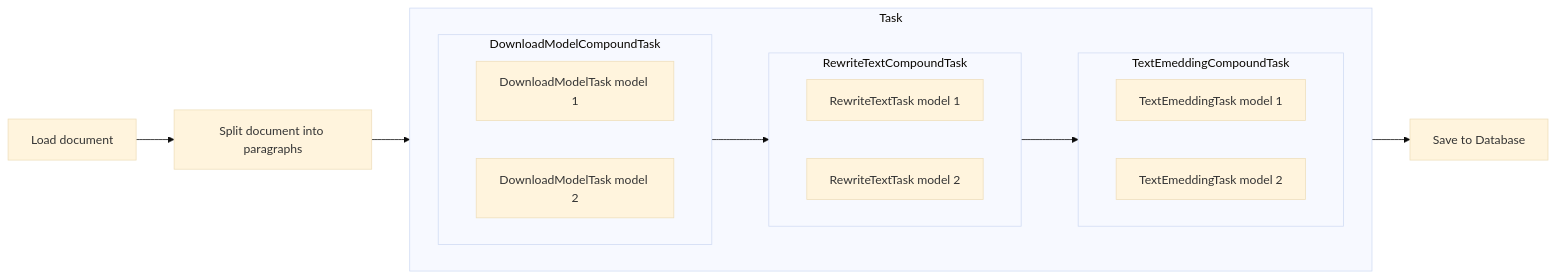
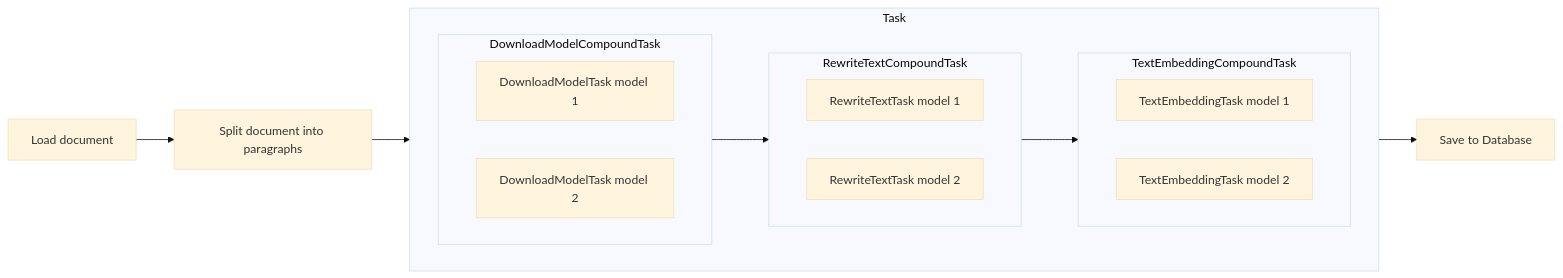
Before and after one commit to PodleyAI/podley: the first of 5 diagrams in docs/developers/02_architecture.md, drawn with Mermaid (base theme). The commit also changed other lines of this file and 16 other files, not shown here.

````diff
--- a/docs/developers/02_architecture.md
+++ b/docs/developers/02_architecture.md
@@ -75,30 +75,30 @@
 ```mermaid
 
 flowchart LR
   subgraph Task
     direction LR
     subgraph DownloadModelCompoundTask
         direction LR
         DownloadModelTask_1[DownloadModelTask model 1]
         DownloadModelTask_2[DownloadModelTask model 2]
     end
     subgraph RewriteTextCompoundTask
         direction LR
         RewriteTextTask1[RewriteTextTask model 1]
         RewriteTextTask2[RewriteTextTask model 2]
     end
-    subgraph TextEmeddingCompoundTask
+    subgraph TextEmbeddingCompoundTask
         direction LR
-        TextEmeddingTask1[TextEmeddingTask model 1]
-        GenerateTextTask2[TextEmeddingTask model 2]
+        TextEmbeddingTask1[TextEmbeddingTask model 1]
+        TextEmbeddingTask2[TextEmbeddingTask model 2]
     end
   end
 
   A[Load document] --> B[Split document into paragraphs]
   B --> Task
   DownloadModelCompoundTask --> RewriteTextCompoundTask
-  RewriteTextCompoundTask --> TextEmeddingCompoundTask
+  RewriteTextCompoundTask --> TextEmbeddingCompoundTask
   Task --> C[Save to Database]
 
 
 ```
````
